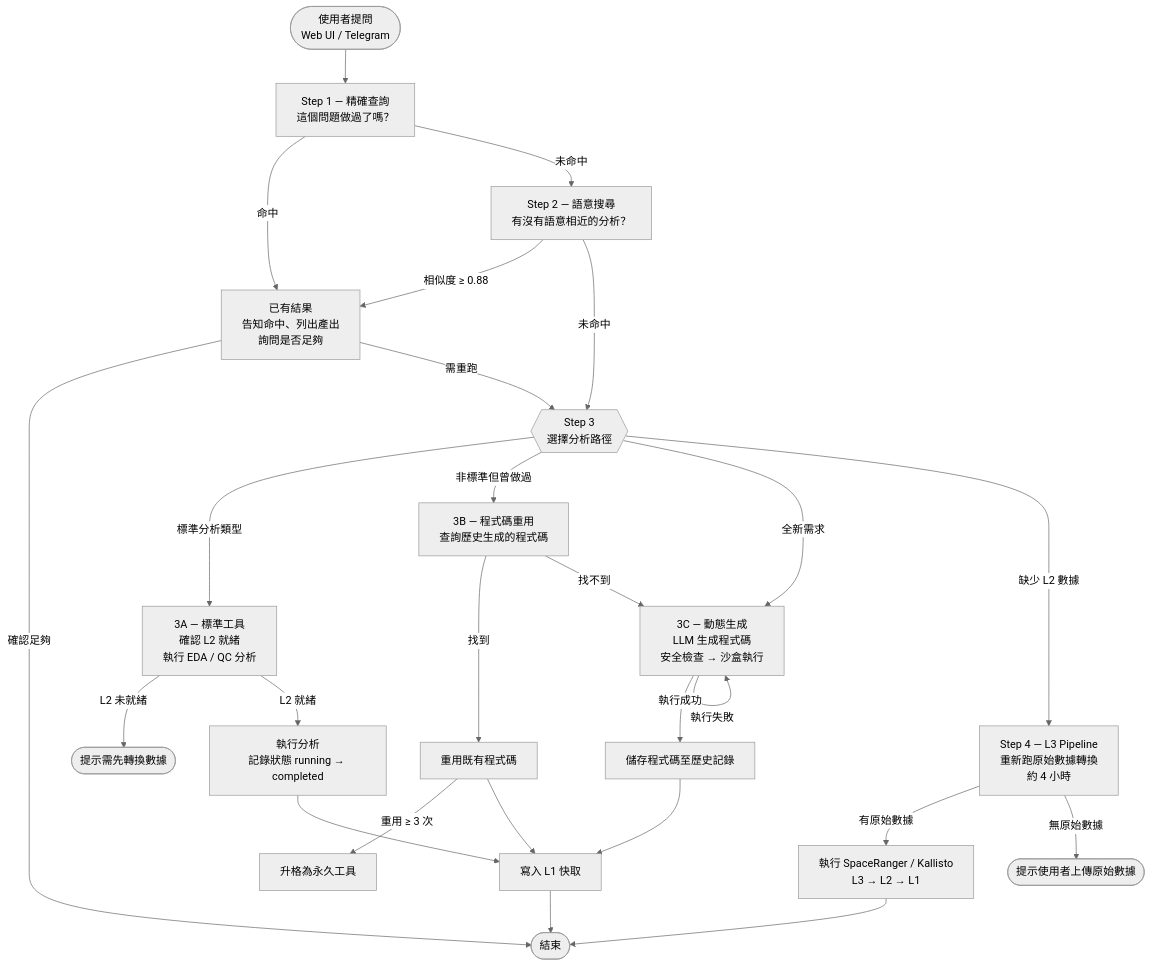
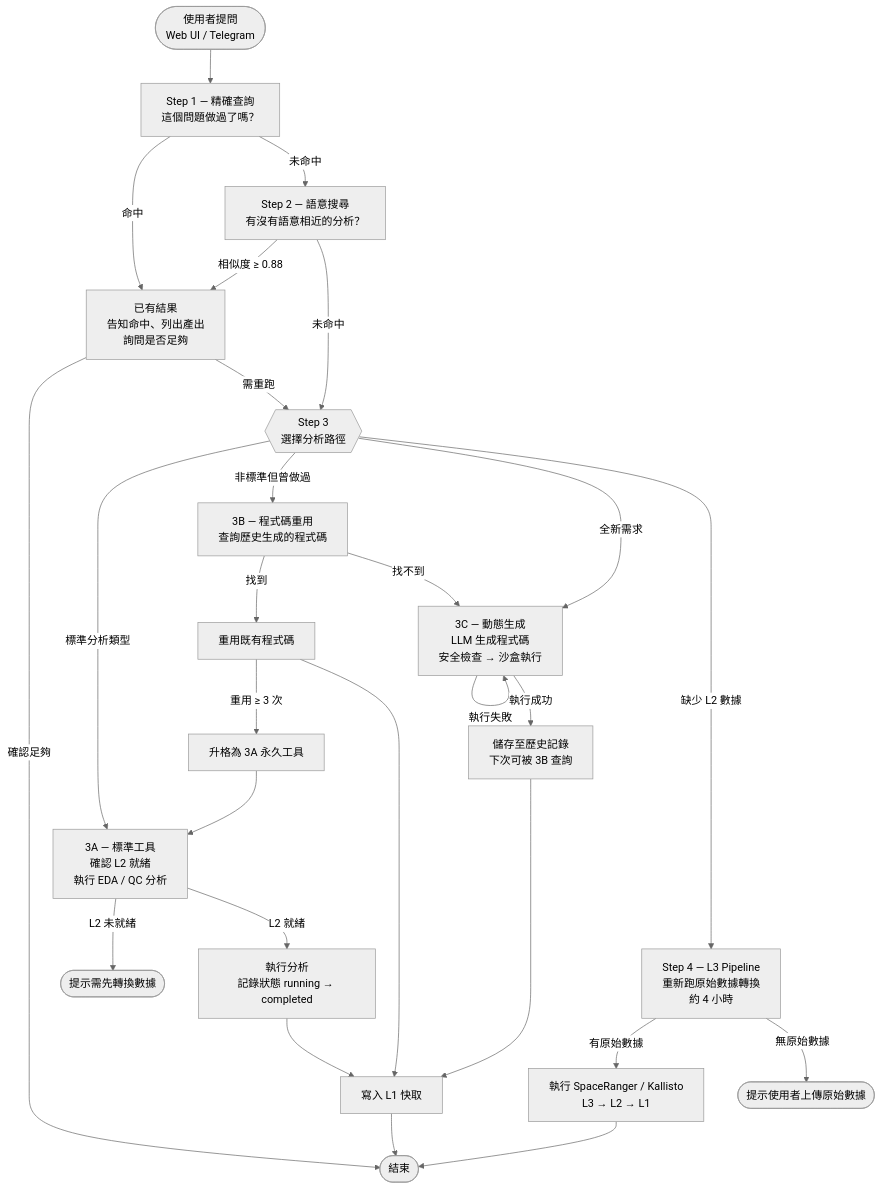
The fourth of 4 diagrams in plan_zh.md (ddmanyes/Evo_PRISM), drawn with Mermaid (neutral theme) before and after one commit.

Commit message:
docs: 第五章 flowchart 補工具生命週期迴圈（3C→3B→升格→3A）

````diff
--- a/plan_zh.md
+++ b/plan_zh.md
@@ -672,37 +672,38 @@
 ```mermaid
 flowchart TD
     Q(["使用者提問\nWeb UI / Telegram"])
 
     Q --> S1["Step 1 — 精確查詢<br/>這個問題做過了嗎？"]
     S1 -->|命中| HIT["已有結果<br/>告知命中、列出產出<br/>詢問是否足夠"]
     HIT -->|確認足夠| END(["結束"])
     HIT -->|需重跑| S3
 
     S1 -->|未命中| S2["Step 2 — 語意搜尋<br/>有沒有語意相近的分析？"]
     S2 -->|相似度 ≥ 0.88| HIT
     S2 -->|未命中| S3
 
     S3{{"Step 3<br/>選擇分析路徑"}}
 
     S3 -->|標準分析類型| A["3A — 標準工具<br/>確認 L2 就緒<br/>執行 EDA / QC 分析"]
     A -->|L2 未就緒| STOP(["提示需先轉換數據"])
     A -->|L2 就緒| RUN["執行分析<br/>記錄狀態 running → completed"]
     RUN --> L1W["寫入 L1 快取"]
     L1W --> END
 
     S3 -->|非標準但曾做過| B["3B — 程式碼重用<br/>查詢歷史生成的程式碼"]
     B -->|找到| REUSE["重用既有程式碼"]
-    REUSE -->|重用 ≥ 3 次| PROMO["升格為永久工具"]
+    REUSE -->|重用 ≥ 3 次| PROMO["升格為 3A 永久工具"]
+    PROMO --> A
     REUSE --> L1W
     B -->|找不到| C
 
     S3 -->|全新需求| C["3C — 動態生成<br/>LLM 生成程式碼<br/>安全檢查 → 沙盒執行"]
     C -->|執行失敗| C
-    C -->|執行成功| SAVE["儲存程式碼至歷史記錄"]
+    C -->|執行成功| SAVE["儲存至歷史記錄<br/>下次可被 3B 查詢"]
     SAVE --> L1W
 
     S3 -->|缺少 L2 數據| S4["Step 4 — L3 Pipeline<br/>重新跑原始數據轉換<br/>約 4 小時"]
     S4 -->|有原始數據| PIPE["執行 SpaceRanger / Kallisto<br/>L3 → L2 → L1"]
     S4 -->|無原始數據| NOTIFY(["提示使用者上傳原始數據"])
     PIPE --> END
 ```
````
